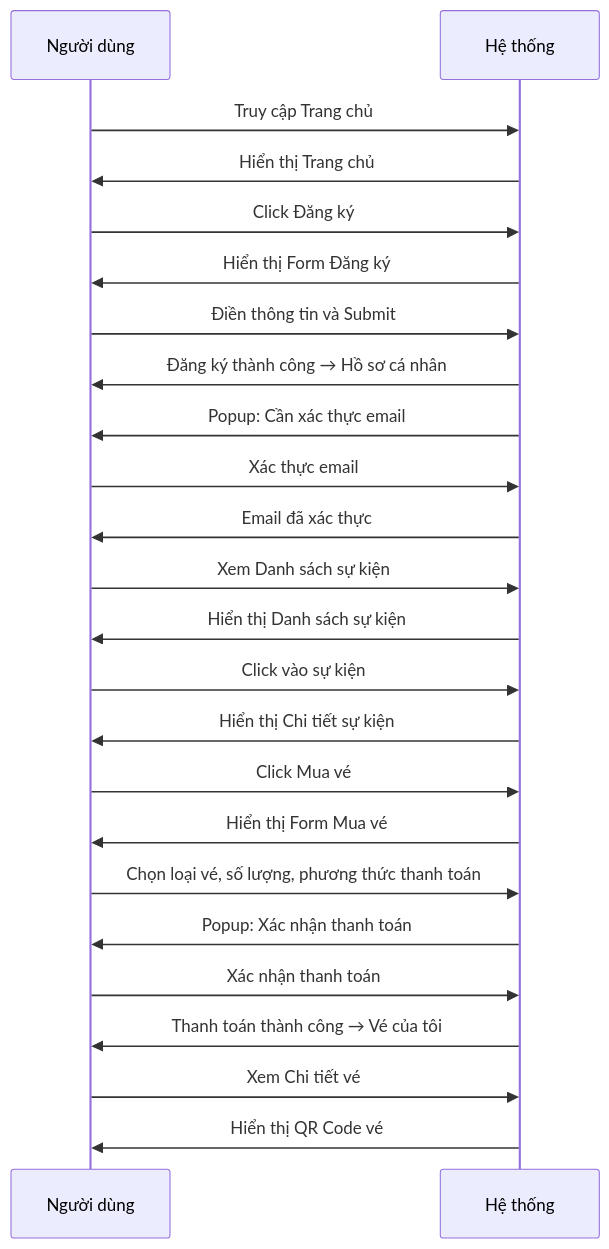
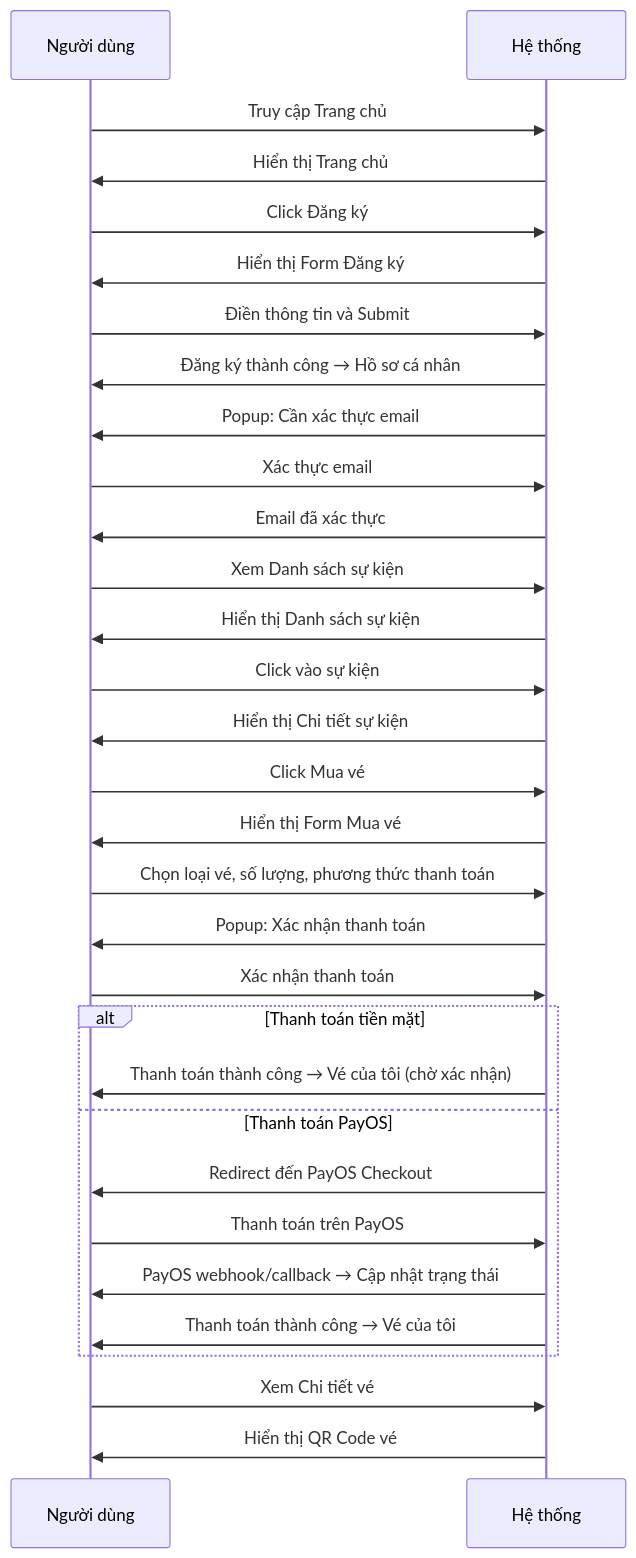
The second of 4 diagrams in SCREEN_FLOW.md (kuni-hoangnguyen/Laravel_PHP_Events_Web), drawn with Mermaid before and after one commit. The commit also changed other lines of this file and 75 other files, not shown here.

````diff
--- a/SCREEN_FLOW.md
+++ b/SCREEN_FLOW.md
@@ -417,27 +436,34 @@
 ```mermaid
 sequenceDiagram
     participant U as Người dùng
     participant S as Hệ thống
     
     U->>S: Truy cập Trang chủ
     S->>U: Hiển thị Trang chủ
     U->>S: Click Đăng ký
     S->>U: Hiển thị Form Đăng ký
     U->>S: Điền thông tin và Submit
     S->>U: Đăng ký thành công → Hồ sơ cá nhân
     S->>U: Popup: Cần xác thực email
     U->>S: Xác thực email
     S->>U: Email đã xác thực
     U->>S: Xem Danh sách sự kiện
     S->>U: Hiển thị Danh sách sự kiện
     U->>S: Click vào sự kiện
     S->>U: Hiển thị Chi tiết sự kiện
     U->>S: Click Mua vé
     S->>U: Hiển thị Form Mua vé
     U->>S: Chọn loại vé, số lượng, phương thức thanh toán
     S->>U: Popup: Xác nhận thanh toán
     U->>S: Xác nhận thanh toán
-    S->>U: Thanh toán thành công → Vé của tôi
+    alt Thanh toán tiền mặt
+        S->>U: Thanh toán thành công → Vé của tôi (chờ xác nhận)
+    else Thanh toán PayOS
+        S->>U: Redirect đến PayOS Checkout
+        U->>S: Thanh toán trên PayOS
+        S->>U: PayOS webhook/callback → Cập nhật trạng thái
+        S->>U: Thanh toán thành công → Vé của tôi
+    end
     U->>S: Xem Chi tiết vé
     S->>U: Hiển thị QR Code vé
 ```
````
